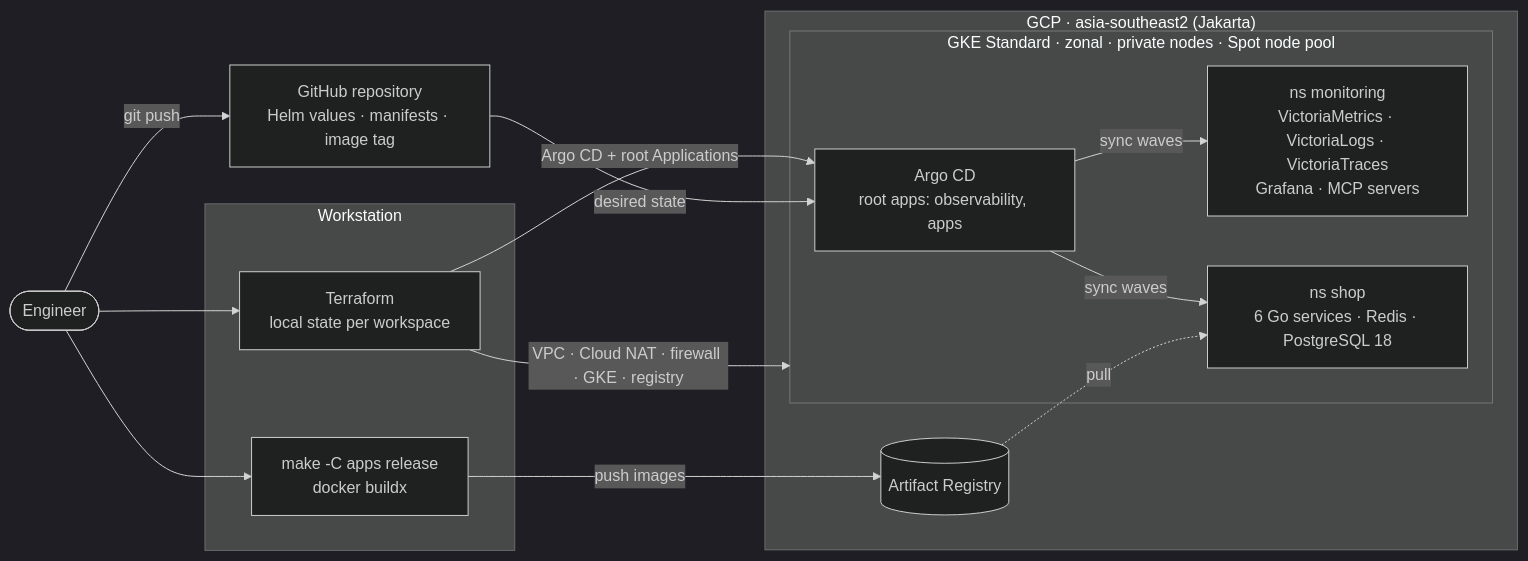
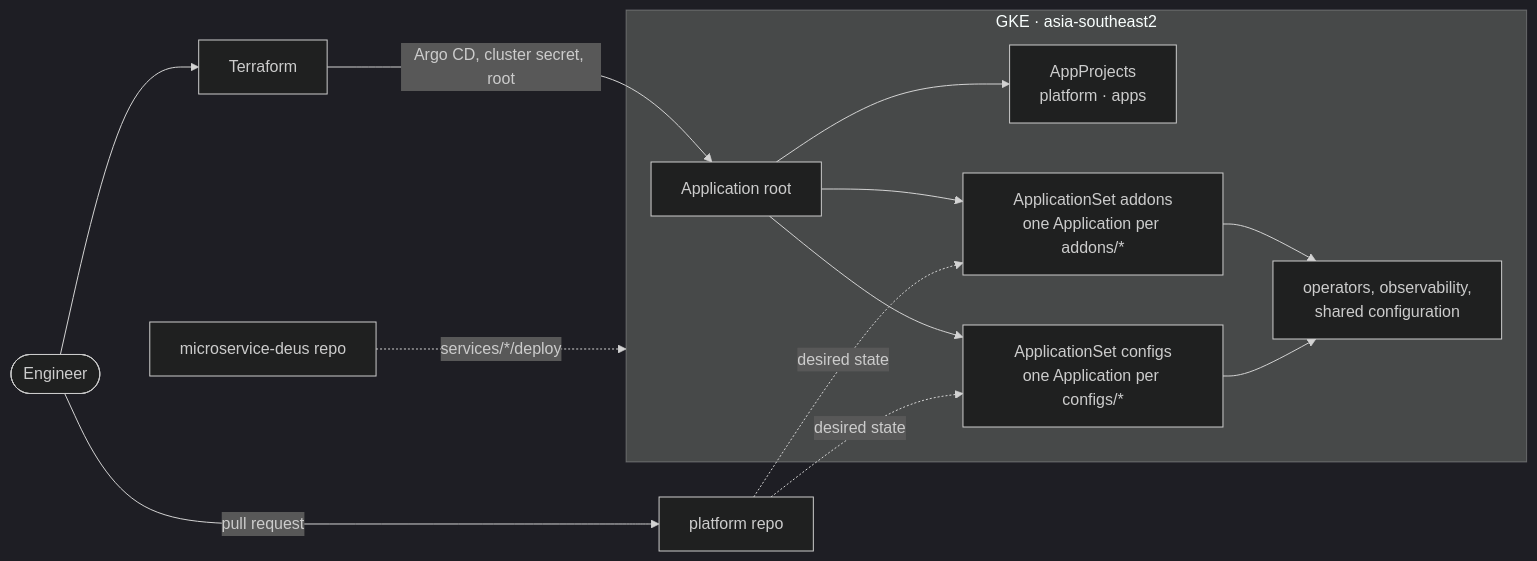
One commit to alice101-dev/k8s-victoria-observability changed the first of 2 diagrams in README.md. Above: the diagram before and after it, drawn with Mermaid (dark theme). The commit also changed other lines of this file and 283 other files, not shown here.

First line of the commit message:
Platform repository: ApplicationSets, addons and configs, OpenTelemetry gateway

````diff
--- a/README.md
+++ b/README.md
@@ -23,29 +26,23 @@
 ```mermaid
 flowchart LR
   eng(["Engineer"])
+  tf["Terraform"]
+  repo["platform repo"]
+  apprepo["microservice-deus repo"]
 
-  subgraph ws["Workstation"]
-    tf["Terraform<br/>local state per workspace"]
-    rel["make -C apps release<br/>docker buildx"]
+  subgraph gke["GKE · asia-southeast2"]
+    root["Application root"]
+    projects["AppProjects<br/>platform · apps"]
+    addons["ApplicationSet addons<br/>one Application per addons/*"]
+    configs["ApplicationSet configs<br/>one Application per configs/*"]
+    workloads["operators, observability,<br/>shared configuration"]
   end
 
-  repo["GitHub repository<br/>Helm values · manifests · image tag"]
-
-  subgraph gcp["GCP · asia-southeast2 (Jakarta)"]
-    ar[("Artifact Registry")]
-    subgraph gke["GKE Standard · zonal · private nodes · Spot node pool"]
-      argo["Argo CD<br/>root apps: observability, apps"]
-      mon["ns monitoring<br/>VictoriaMetrics · VictoriaLogs · VictoriaTraces<br/>Grafana · MCP servers"]
-      shop["ns shop<br/>6 Go services · Redis · PostgreSQL 18"]
-    end
-  end
-
-  eng --> tf & rel
-  eng -- "git push" --> repo
-  tf -- "VPC · Cloud NAT · firewall · GKE · registry" --> gke
-  tf -- "Argo CD + root Applications" --> argo
-  rel -- "push images" --> ar
-  repo -- "desired state" --> argo
-  argo -- "sync waves" --> mon & shop
-  ar -. "pull" .-> shop
+  eng --> tf
+  eng -- "pull request" --> repo
+  tf -- "Argo CD, cluster secret, root" --> root
+  root --> projects & addons & configs
+  repo -. "desired state" .-> addons & configs
+  addons & configs --> workloads
+  apprepo -. "services/*/deploy" .-> gke
 ```
````
